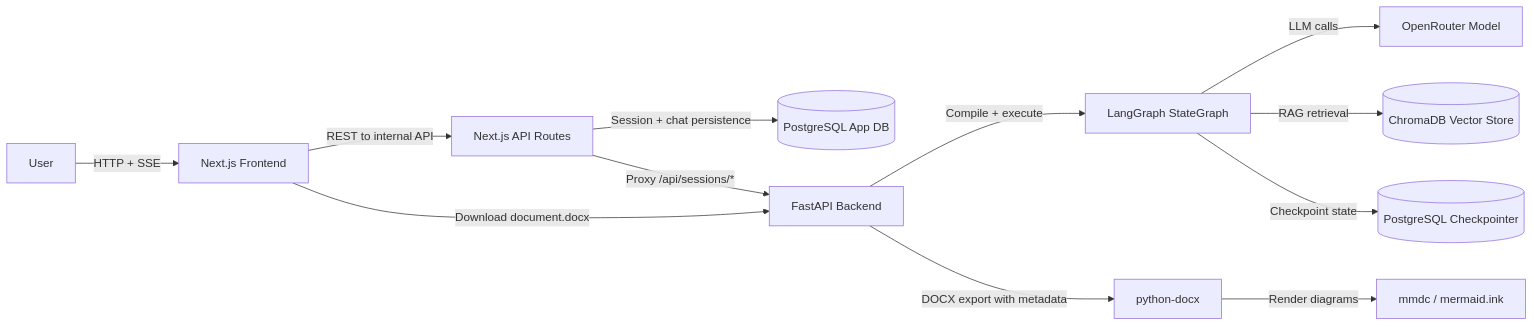
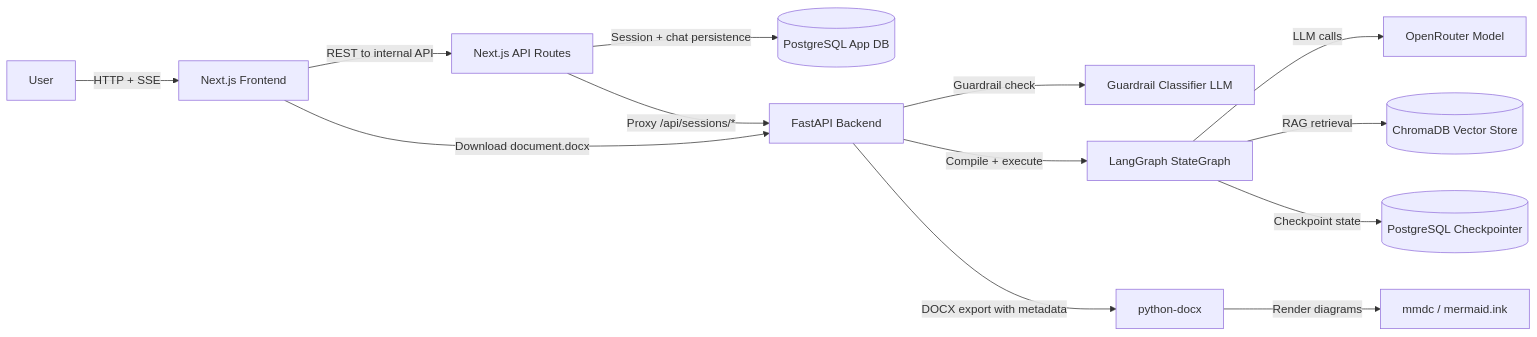
One commit to Ta1al/automated-SRS-generator changed the first of 2 diagrams in README.md. Above: the diagram before and after it, drawn with Mermaid. The commit also changed other lines of this file and 5 other files, not shown here.

````diff
--- a/README.md
+++ b/README.md
@@ -15,16 +50,17 @@
 ```mermaid
 flowchart LR
     User[User] -->|HTTP + SSE| Frontend[Next.js Frontend]
     Frontend -->|REST to internal API| PrismaApi[Next.js API Routes]
     PrismaApi -->|Session + chat persistence| PgApp[(PostgreSQL App DB)]
     PrismaApi -->|Proxy /api/sessions/*| FastAPI[FastAPI Backend]
 
+    FastAPI -->|Guardrail check| Guardrail[Guardrail Classifier LLM]
     FastAPI -->|Compile + execute| Graph[LangGraph StateGraph]
     Graph -->|LLM calls| OpenRouter[OpenRouter Model]
     Graph -->|RAG retrieval| Chroma[(ChromaDB Vector Store)]
     Graph -->|Checkpoint state| PgCheckpoint[(PostgreSQL Checkpointer)]
     
     Frontend -->|Download document.docx| FastAPI
     FastAPI -->|DOCX export with metadata| DocxExport[python-docx]
     DocxExport -->|Render diagrams| MermaidRender[mmdc / mermaid.ink]
 ```
````
